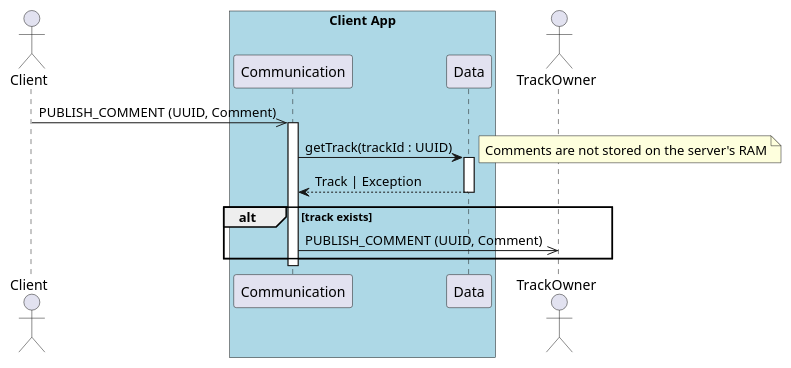
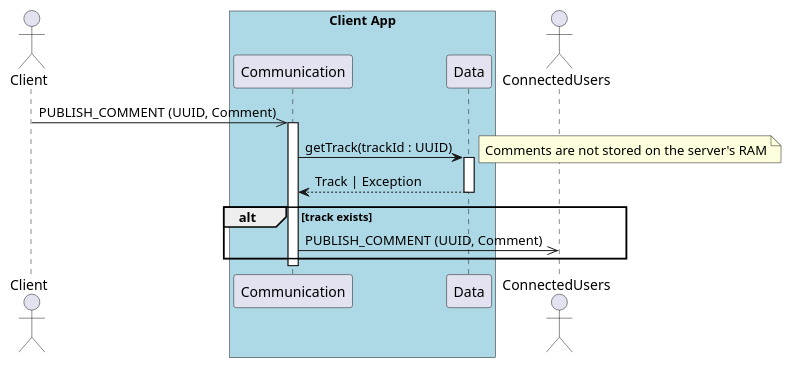
One commit to UTCAI12/Diagrams changed the diagram in sequence/4.2.add_comment_server.puml. Above: the diagram before and after it, drawn with PlantUML. The commit also changed 1 other file, not shown here.

Commit message:
replacing "others" by "connectedUsers"

```diff
--- a/sequence/4.2.add_comment_server.puml
+++ b/sequence/4.2.add_comment_server.puml
@@ -1,26 +1,26 @@
 @startuml 4.2. User add a comment to a music (server side)
 
 actor Client as client
 
 box "Client App" #LightBlue
     participant Communication as com
     participant Data as data
 end box
 
-actor TrackOwner as owner
+actor ConnectedUsers as connected
 
 client ->> com : PUBLISH_COMMENT (UUID, Comment)
 
 activate com
 
 com -> data++ : getTrack(trackId : UUID)
 note right : Comments are not stored on the server's RAM 
 return Track | Exception
 
 alt track exists
-    com ->> owner : PUBLISH_COMMENT (UUID, Comment)
+    com ->> connected : PUBLISH_COMMENT (UUID, Comment)
 end
 
 deactivate com
 
 @enduml
```
